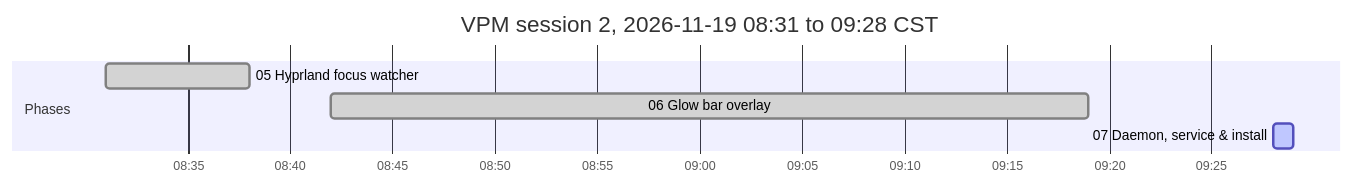
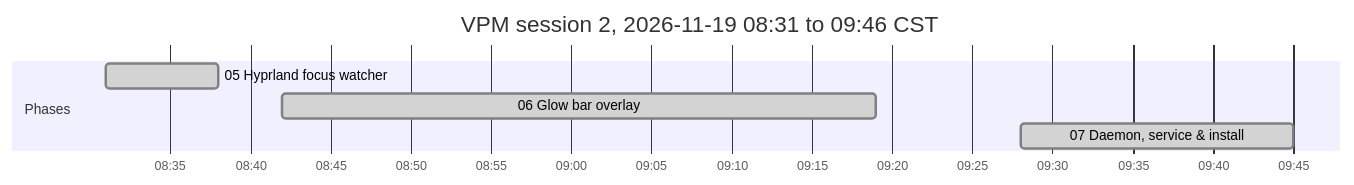
Before and after one commit to antonizick/VPNMonitor: the second of 2 diagrams in VPM_IMPLEMENTATION_PLAN.md, drawn with Mermaid. The commit also changed other lines of this file and 1 other file, not shown here.

Commit message:
docs(plan): refresh timeline

````diff
--- a/VPM_IMPLEMENTATION_PLAN.md
+++ b/VPM_IMPLEMENTATION_PLAN.md
@@ -67,10 +67,10 @@
 ```mermaid
 gantt
-    title VPM session 2, 2026-11-19 08:31 to 09:28 CST
+    title VPM session 2, 2026-11-19 08:31 to 09:46 CST
     dateFormat YYYY-MM-DD HH:mm
     axisFormat %H:%M
     section Phases
     05 Hyprland focus watcher :done, p05s2, 2026-11-19 08:31, 2026-11-19 08:38
     06 Glow bar overlay :done, p06s2, 2026-11-19 08:42, 2026-11-19 09:19
-    07 Daemon, service & install :active, p07s2, 2026-11-19 09:28, 2026-11-19 09:29
+    07 Daemon, service & install :done, p07s2, 2026-11-19 09:28, 2026-11-19 09:45
 ```
````
